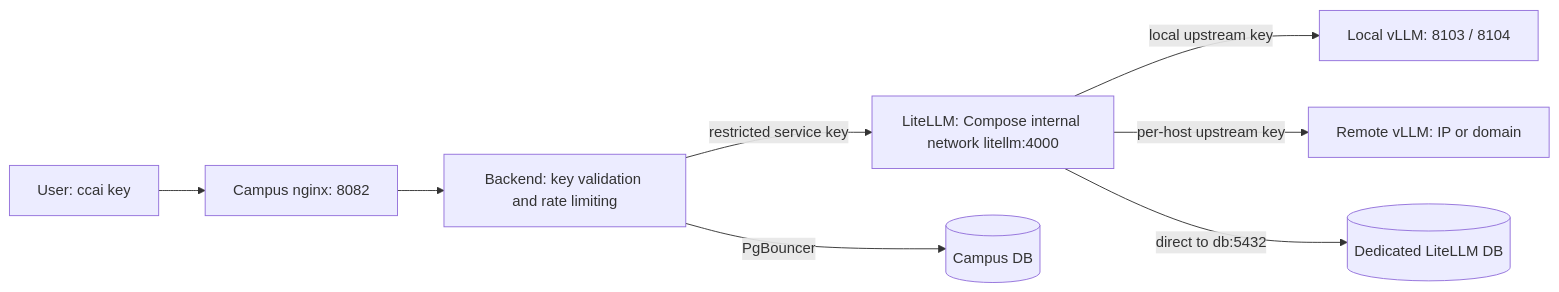
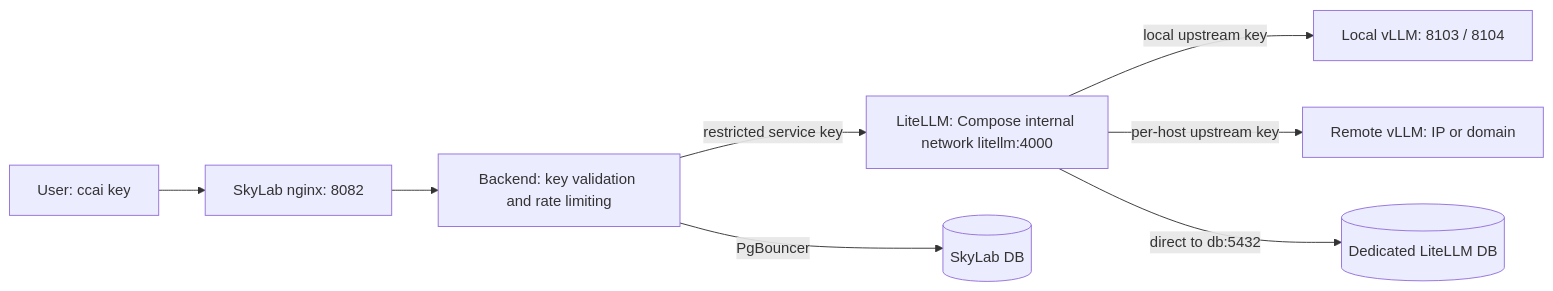
Before and after one commit to 11156023/SkyLab: the diagram in docs/ai-api-user-manual.md, drawn with Mermaid. The commit also changed other lines of this file and 53 other files, not shown here.

````diff
--- a/docs/ai-api-user-manual.md
+++ b/docs/ai-api-user-manual.md
@@ -12,10 +12,10 @@
 ```mermaid
 flowchart LR
-    U[User: ccai key] --> N[Campus nginx: 8082]
+    U[User: ccai key] --> N[SkyLab nginx: 8082]
     N --> B[Backend: key validation and rate limiting]
     B -->|restricted service key| L[LiteLLM: Compose internal network litellm:4000]
     L -->|local upstream key| V[Local vLLM: 8103 / 8104]
     L -->|per-host upstream key| R[Remote vLLM: IP or domain]
-    B -->|PgBouncer| C[(Campus DB)]
+    B -->|PgBouncer| C[(SkyLab DB)]
     L -->|direct to db:5432| D[(Dedicated LiteLLM DB)]
 ```
````
